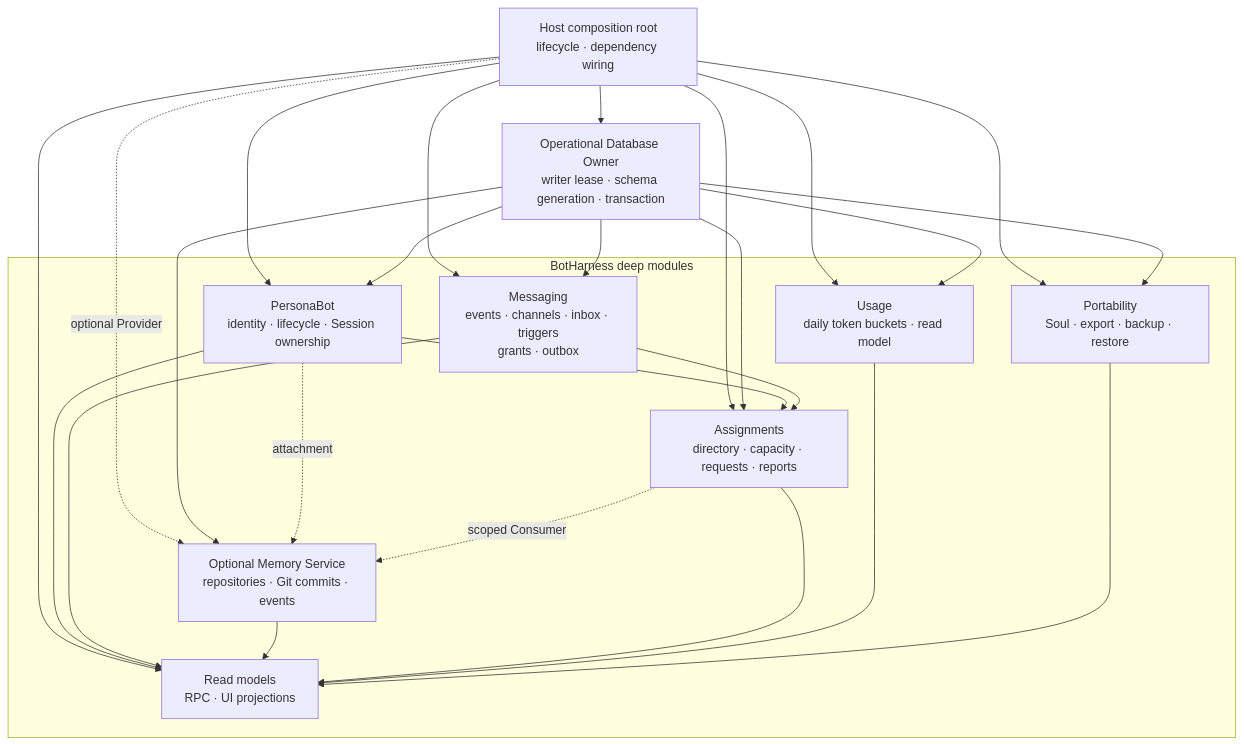
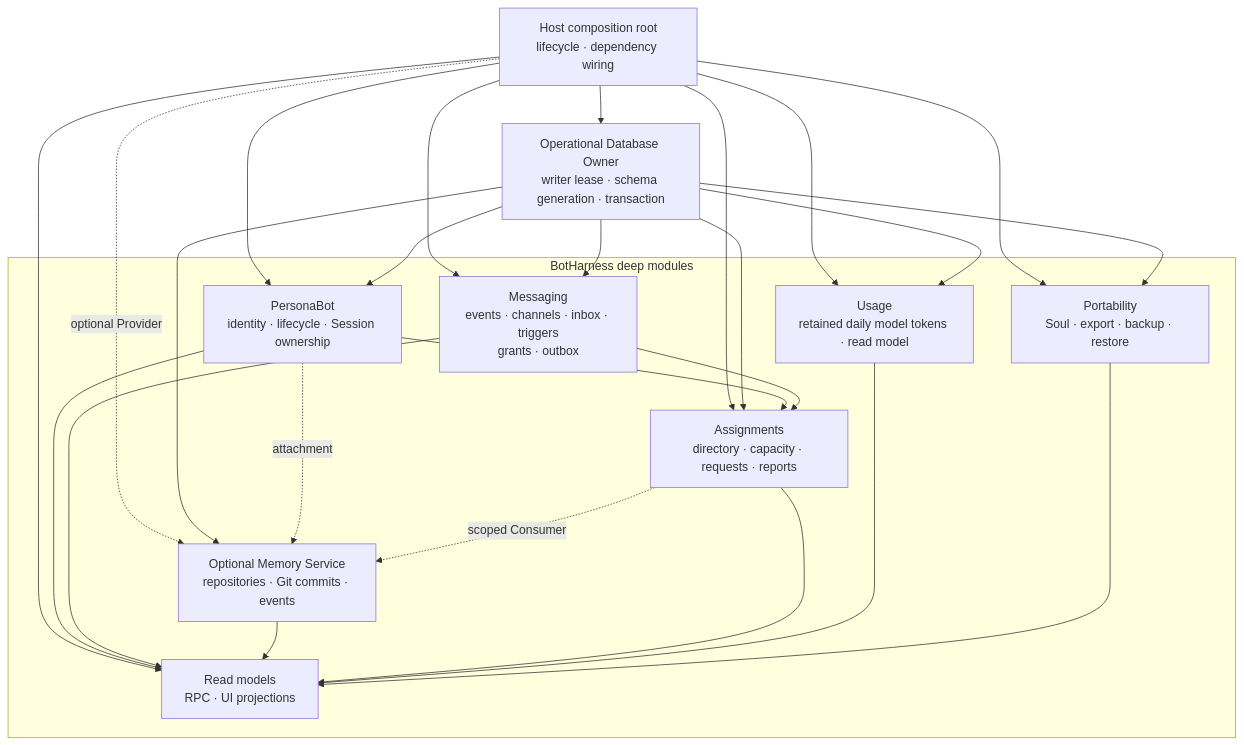
The second of 6 diagrams in docs/architecture/botharness-architecture.md (BotHarness/BotHarness), drawn with Mermaid before and after one commit. The commit also changed 1 other file, not shown here.

Commit message:
Show retained usage ownership in architecture diagram
Issue: #488

Issue: #39

Agent-Task: codex/local/01a0e445-0c0f-70e1-bad4-fd99c8cfaa21

````diff
--- a/docs/architecture/botharness-architecture.md
+++ b/docs/architecture/botharness-architecture.md
@@ -78,40 +78,40 @@
 ```mermaid
 flowchart TB
   Root["Host composition root<br/>lifecycle · dependency wiring"]
   DB["Operational Database Owner<br/>writer lease · schema generation · transaction"]
 
   subgraph Modules["BotHarness deep modules"]
     Bots["PersonaBot<br/>identity · lifecycle · Session ownership"]
     Memory["Optional Memory Service<br/>repositories · Git commits · events"]
     Msg["Messaging<br/>events · channels · inbox · triggers<br/>grants · outbox"]
     Assignments["Assignments<br/>directory · capacity · requests · reports"]
-    Usage["Usage<br/>daily token buckets · read model"]
+    Usage["Usage<br/>retained daily model tokens · read model"]
     Portable["Portability<br/>Soul · export · backup · restore"]
     Views["Read models<br/>RPC · UI projections"]
   end
 
   Root --> DB
   Root --> Bots
   Root -. optional Provider .-> Memory
   Root --> Msg
   Root --> Assignments
   Root --> Portable
   Root --> Usage
   Root --> Views
   DB --> Bots
   DB --> Memory
   DB --> Msg
   DB --> Assignments
   DB --> Portable
   DB --> Usage
   Bots -. attachment .-> Memory
   Bots --> Assignments
   Msg --> Assignments
   Bots --> Views
   Msg --> Views
   Assignments -. scoped Consumer .-> Memory
   Memory --> Views
   Assignments --> Views
   Usage --> Views
   Portable --> Views
 ```
````
